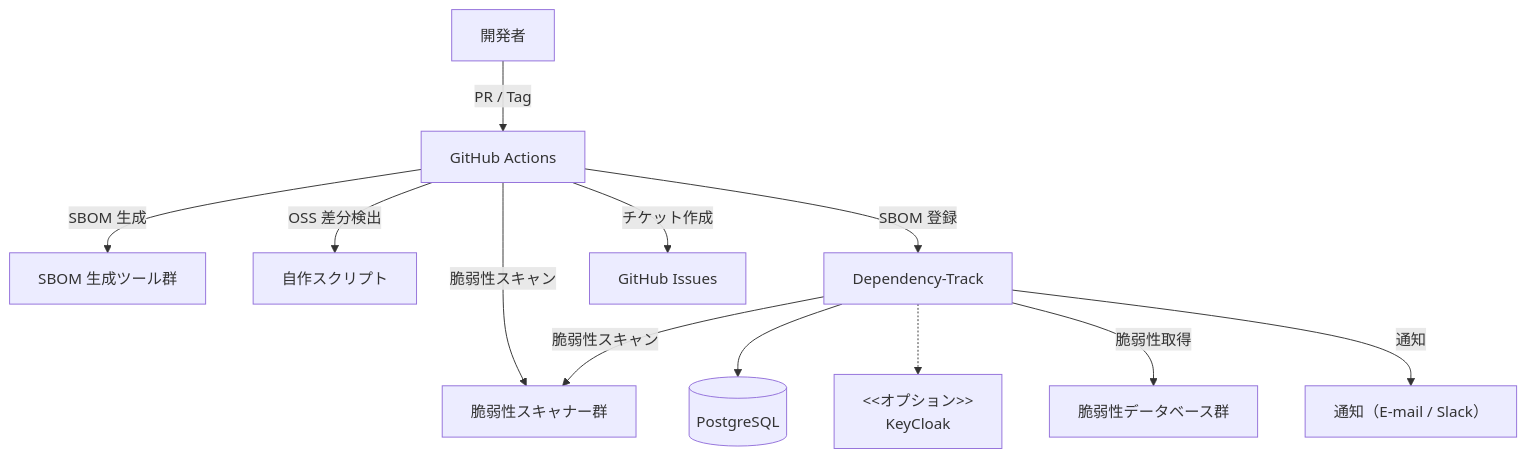
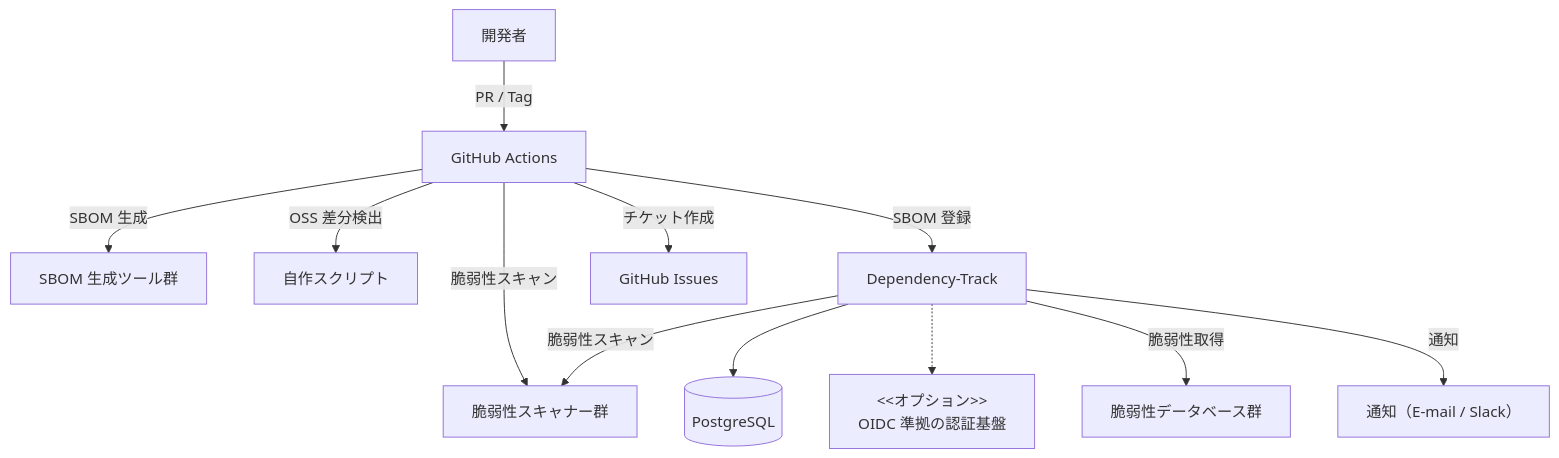
One commit to ryuuichiroh/slim-sbom-flow changed the first of 3 diagrams in README.md. Above: the diagram before and after it, drawn with Mermaid. The commit also changed other lines of this file and 20 other files, not shown here.

````diff
--- a/README.md
+++ b/README.md
@@ -107,14 +79,14 @@
 ```mermaid
 graph TB
   DEV[開発者] -->|PR / Tag| GHA[GitHub Actions]
   GHA -->|SBOM 生成| SBOMGEN[SBOM 生成ツール群]
   GHA -->|脆弱性スキャン| VSCAN[脆弱性スキャナー群]
   GHA -->|OSS 差分検出| DIFF[自作スクリプト]
   GHA -->|SBOM 登録| DT[Dependency-Track]
   GHA -->|チケット作成| ISSUE[GitHub Issues]
   DT --> PG[(PostgreSQL)]
-  DT -.-> KC[<<オプション>><br/>KeyCloak<br/>]
+  DT -.-> OIDC[<<オプション>><br/>OIDC 準拠の認証基盤<br/>]
   DT -->|脆弱性スキャン| VSCAN
   DT -->|脆弱性取得| VDB[脆弱性データベース群]
   DT -->|通知| NOTICE[通知（E-mail / Slack）]
 ```
````
